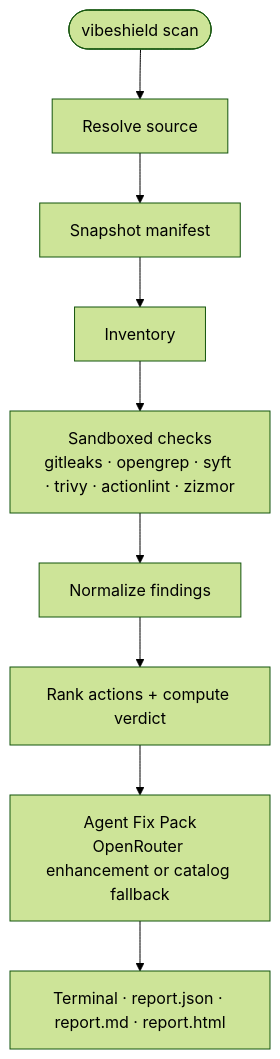
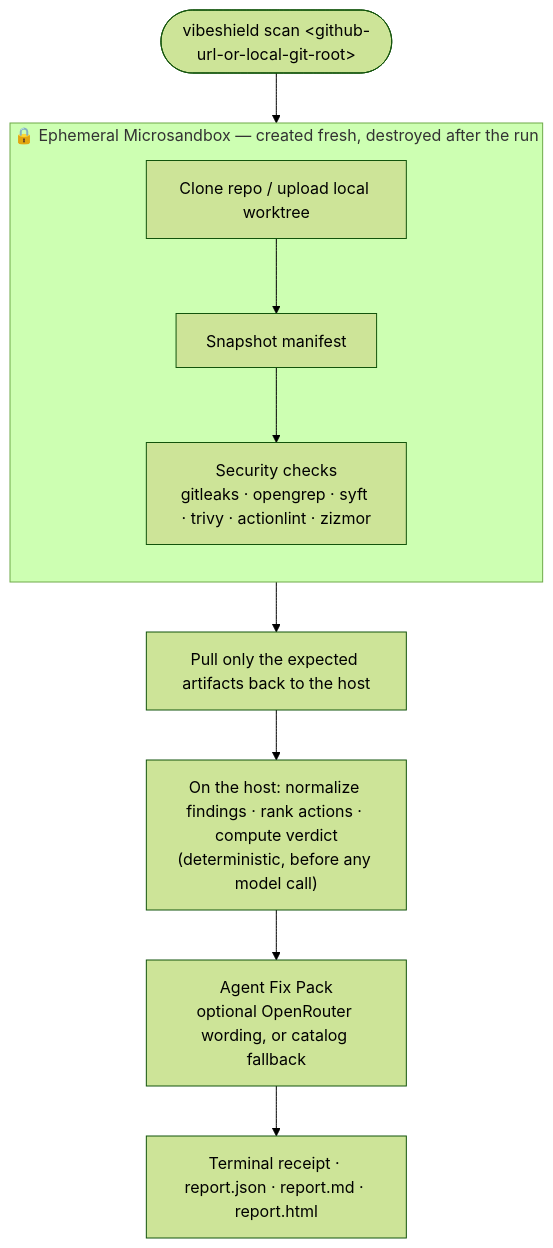
One commit to nuanu-ai/vibeshield changed the diagram in README.md. Above: the diagram before and after it, drawn with Mermaid (forest theme). The commit also changed other lines of this file, not shown here.

Commit message:
docs: update quick scan user flow

````diff
--- a/README.md
+++ b/README.md
@@ -73,11 +73,15 @@
 ```mermaid
 flowchart TD
-    A(["vibeshield scan <github-url-or-local-git-root>"]) --> S[Resolve source]
-    S --> M[Snapshot manifest]
-    M --> I[Inventory]
-    I --> C["Sandboxed checks<br/>gitleaks · opengrep · syft · trivy · actionlint · zizmor"]
-    C --> F[Normalize findings]
-    F --> R[Rank actions + compute verdict]
-    R --> P["Agent Fix Pack<br/>OpenRouter enhancement or catalog fallback"]
-    P --> O["Terminal · report.json · report.md · report.html"]
+    A(["vibeshield scan &lt;github-url-or-local-git-root&gt;"]) --> SBX
+
+    subgraph SBX["🔒 Ephemeral Microsandbox — created fresh, destroyed after the run"]
+        direction TB
+        S["Clone repo / upload local worktree"] --> M["Snapshot manifest"]
+        M --> C["Security checks<br/>gitleaks · opengrep · syft · trivy · actionlint · zizmor"]
+    end
+
+    SBX --> PULL[Pull only the expected artifacts back to the host]
+    PULL --> T["On the host: normalize findings · rank actions · compute verdict<br/>(deterministic, before any model call)"]
+    T --> P["Agent Fix Pack<br/>optional OpenRouter wording, or catalog fallback"]
+    P --> O["Terminal receipt · report.json · report.md · report.html"]
 ```
````
